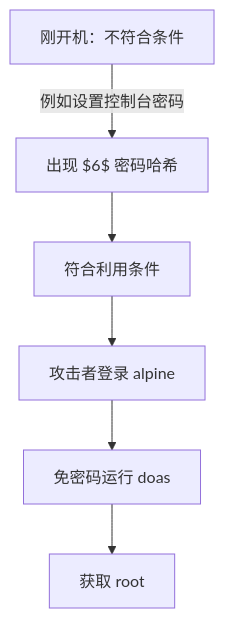
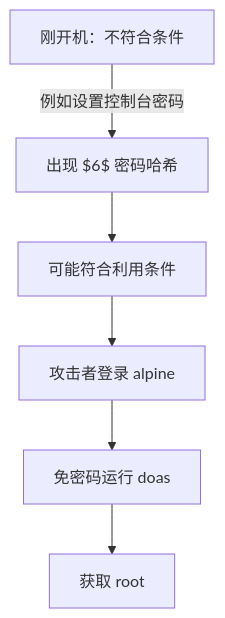
Before and after one commit to justmaocom/justmaocom.github.io: the second of 4 diagrams in _posts/zh-CN/2026-11-07-openssh-musl-password-bypass-alpine.md, drawn with Mermaid. The commit also changed other lines of this file and 8 other files, not shown here.

````diff
--- a/_posts/zh-CN/2026-11-07-openssh-musl-password-bypass-alpine.md
+++ b/_posts/zh-CN/2026-11-07-openssh-musl-password-bypass-alpine.md
@@ -85,8 +85,8 @@
 ```mermaid
 flowchart TD
   A["刚开机：不符合条件"] -->|例如设置控制台密码| B["出现 $6$ 密码哈希"]
-  B --> C[符合利用条件]
+  B --> C[可能符合利用条件]
   C --> D[攻击者登录 alpine]
   D --> E[免密码运行 doas]
   E --> F[获取 root]
 ```
````
